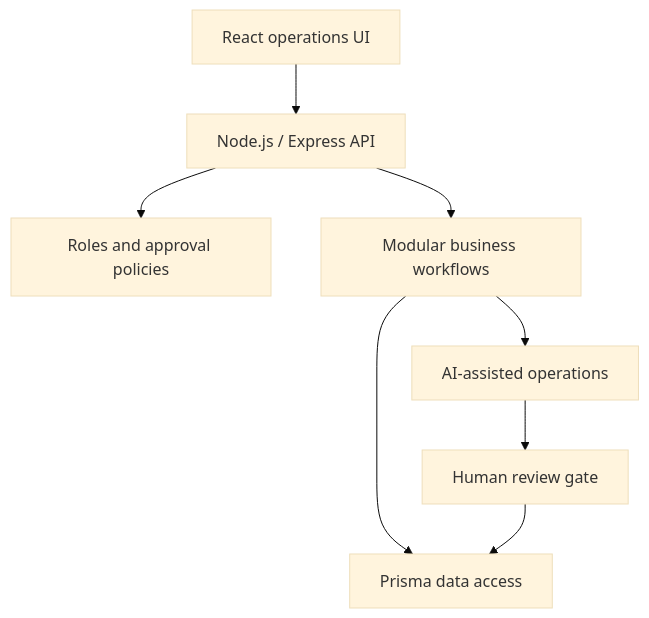
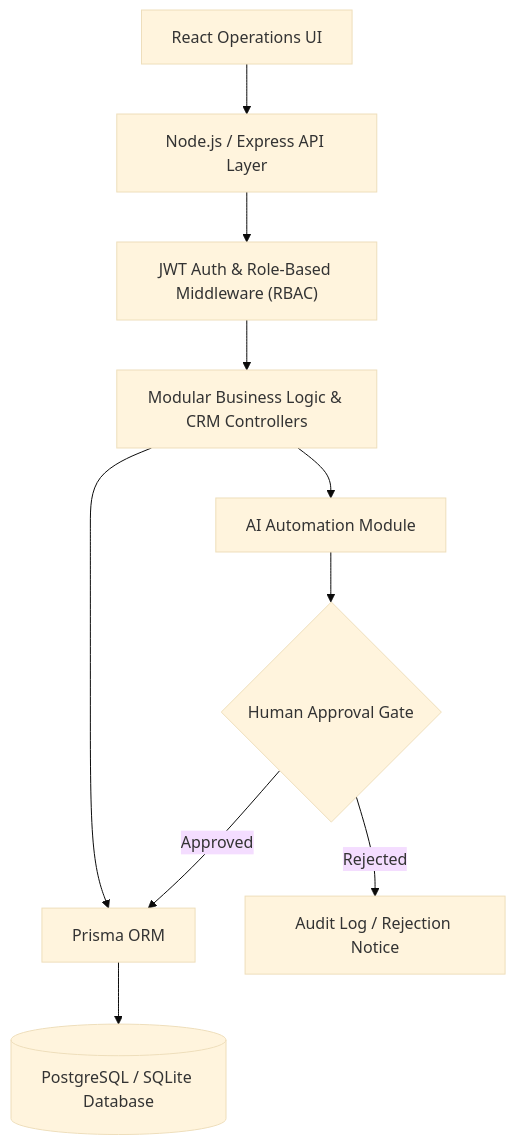
One commit to julitodk06/lexiacode-os-case-study changed the diagram in README.md. Above: the diagram before and after it, drawn with Mermaid (base theme). The commit also changed other lines of this file, not shown here.

Commit message:
docs: improve architecture case study documentation and stack signals

````diff
--- a/README.md
+++ b/README.md
@@ -19,10 +25,12 @@
 ```mermaid
 flowchart TD
-  UI["React operations UI"] --> API["Node.js / Express API"]
-  API --> AUTH["Roles and approval policies"]
-  API --> WORK["Modular business workflows"]
-  WORK --> DATA["Prisma data access"]
-  WORK --> AI["AI-assisted operations"]
-  AI --> REVIEW["Human review gate"]
-  REVIEW --> DATA
+  UI["React Operations UI"] --> API["Node.js / Express API Layer"]
+  API --> AUTH["JWT Auth & Role-Based Middleware (RBAC)"]
+  AUTH --> WORK["Modular Business Logic & CRM Controllers"]
+  WORK --> PRISMA["Prisma ORM"]
+  PRISMA --> DB[("PostgreSQL / SQLite Database")]
+  WORK --> AI["AI Automation Module"]
+  AI --> REVIEW{"Human Approval Gate"}
+  REVIEW -- Approved --> PRISMA
+  REVIEW -- Rejected --> AUDIT["Audit Log / Rejection Notice"]
 ```
````
